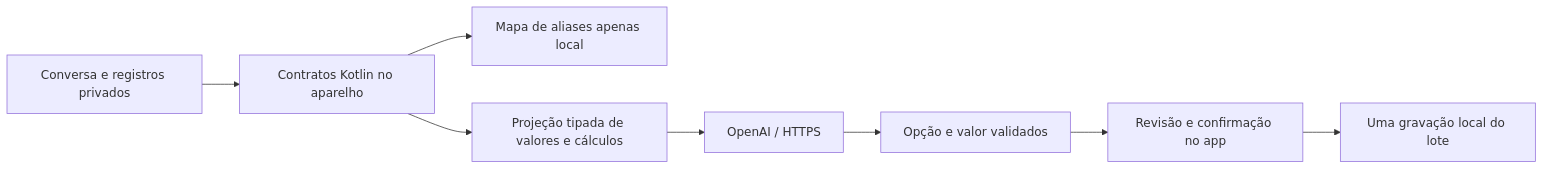
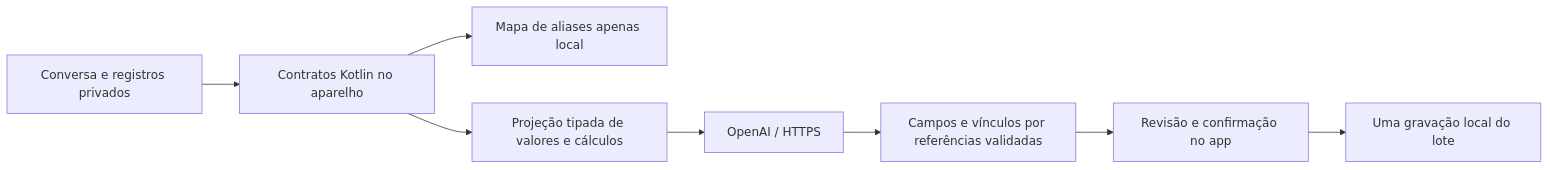
Before and after one commit to CabriniJr/FinTips: the diagram in docs/TRIAGEM-CONVERSACIONAL.md, drawn with Mermaid. The commit also changed other lines of this file and 34 other files, not shown here.

````diff
--- a/docs/TRIAGEM-CONVERSACIONAL.md
+++ b/docs/TRIAGEM-CONVERSACIONAL.md
@@ -55,10 +70,10 @@
 ```mermaid
 flowchart LR
     texto[Conversa e registros privados] --> local[Contratos Kotlin no aparelho]
     local --> mapa[Mapa de aliases apenas local]
     local --> proj[Projeção tipada de valores e cálculos]
     proj --> api[OpenAI / HTTPS]
-    api --> sugestao[Opção e valor validados]
+    api --> sugestao[Campos e vínculos por referências validadas]
     sugestao --> revisao[Revisão e confirmação no app]
     revisao --> gravacao[Uma gravação local do lote]
 ```
````
